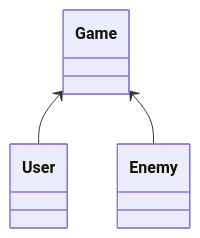
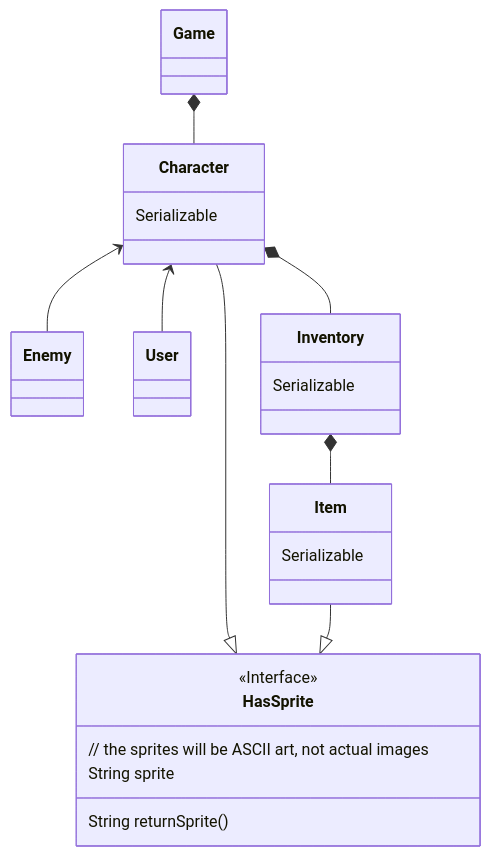
The diagram in README.md (fish-2122/CS121-Final), drawn with Mermaid before and after one commit.

Commit message:
created class diagram layout

````diff
--- a/README.md
+++ b/README.md
@@ -3,14 +3,36 @@
 ```mermaid
 classDiagram
 class Game {
+
+}
+class Character {
+    Serializable
 
 }
 class Enemy {
 
 }
 class User {
 
 }
-Game <-- User
-Game <-- Enemy
+class Inventory {
+    Serializable
+}
+class Item {
+    Serializable
+}
+class HasSprite {
+    // the sprites will be ASCII art, not actual images
+    <<Interface>>
+    String sprite
+    String returnSprite()
+}
+
+Character <-- User
+Character <-- Enemy
+Character --|> HasSprite
+Item --|> HasSprite
+Game *-- Character
+Character *-- Inventory
+Inventory *-- Item
 ```
````
